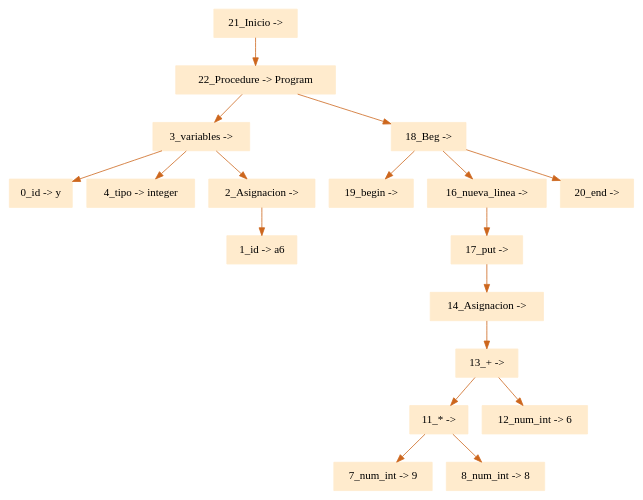
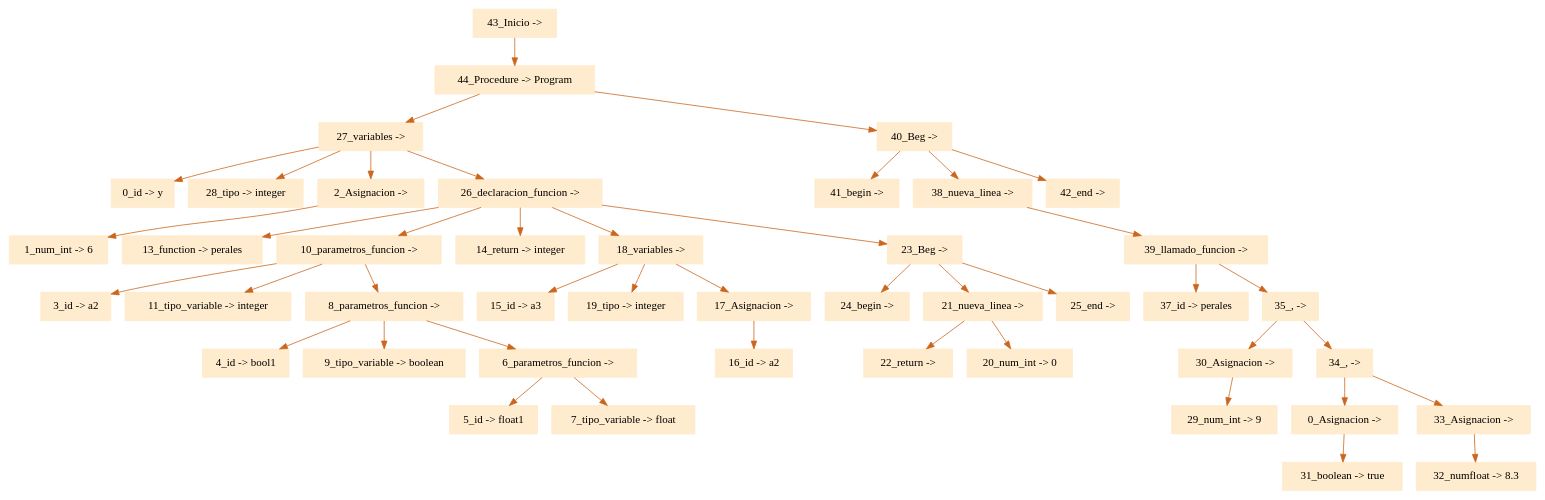
Before and after one commit to eliasgz97/Proyecto_Compiladores: the diagram in ProyectoCompiladores/arbol.dot, drawn with Graphviz. The commit also changed 6 other files, not shown here.

```diff
--- a/ProyectoCompiladores/arbol.dot
+++ b/ProyectoCompiladores/arbol.dot
@@ -1,22 +1,48 @@
 digraph G {node[shape=box, style=filled, color=blanchedalmond]; edge[color=chocolate3];rankdir=UD 
 
-"21_Inicio -> "->"22_Procedure -> Program"
-"22_Procedure -> Program"->"3_variables -> "
-"3_variables -> "->"0_id -> y"
-"3_variables -> "->"4_tipo -> integer"
-"3_variables -> "->"2_Asignacion -> "
-"2_Asignacion -> "->"1_id -> a6"
-"22_Procedure -> Program"->"18_Beg -> "
-"18_Beg -> "->"19_begin -> "
-"18_Beg -> "->"16_nueva_linea -> "
-"16_nueva_linea -> "->"17_put -> "
-"17_put -> "->"14_Asignacion -> "
-"14_Asignacion -> "->"13_+ -> "
-"13_+ -> "->"11_* -> "
-"11_* -> "->"7_num_int -> 9"
-"11_* -> "->"8_num_int -> 8"
-"13_+ -> "->"12_num_int -> 6"
-"18_Beg -> "->"20_end -> "
+"43_Inicio -> "->"44_Procedure -> Program"
+"44_Procedure -> Program"->"27_variables -> "
+"27_variables -> "->"0_id -> y"
+"27_variables -> "->"28_tipo -> integer"
+"27_variables -> "->"2_Asignacion -> "
+"2_Asignacion -> "->"1_num_int -> 6"
+"27_variables -> "->"26_declaracion_funcion -> "
+"26_declaracion_funcion -> "->"13_function -> perales"
+"26_declaracion_funcion -> "->"10_parametros_funcion -> "
+"10_parametros_funcion -> "->"3_id -> a2"
+"10_parametros_funcion -> "->"11_tipo_variable -> integer"
+"10_parametros_funcion -> "->"8_parametros_funcion -> "
+"8_parametros_funcion -> "->"4_id -> bool1"
+"8_parametros_funcion -> "->"9_tipo_variable -> boolean"
+"8_parametros_funcion -> "->"6_parametros_funcion -> "
+"6_parametros_funcion -> "->"5_id -> float1"
+"6_parametros_funcion -> "->"7_tipo_variable -> float"
+"26_declaracion_funcion -> "->"14_return -> integer"
+"26_declaracion_funcion -> "->"18_variables -> "
+"18_variables -> "->"15_id -> a3"
+"18_variables -> "->"19_tipo -> integer"
+"18_variables -> "->"17_Asignacion -> "
+"17_Asignacion -> "->"16_id -> a2"
+"26_declaracion_funcion -> "->"23_Beg -> "
+"23_Beg -> "->"24_begin -> "
+"23_Beg -> "->"21_nueva_linea -> "
+"21_nueva_linea -> "->"22_return -> "
+"21_nueva_linea -> "->"20_num_int -> 0"
+"23_Beg -> "->"25_end -> "
+"44_Procedure -> Program"->"40_Beg -> "
+"40_Beg -> "->"41_begin -> "
+"40_Beg -> "->"38_nueva_linea -> "
+"38_nueva_linea -> "->"39_llamado_funcion -> "
+"39_llamado_funcion -> "->"37_id -> perales"
+"39_llamado_funcion -> "->"35_, -> "
+"35_, -> "->"30_Asignacion -> "
+"30_Asignacion -> "->"29_num_int -> 9"
+"35_, -> "->"34_, -> "
+"34_, -> "->"0_Asignacion -> "
+"0_Asignacion -> "->"31_boolean -> true"
+"34_, -> "->"33_Asignacion -> "
+"33_Asignacion -> "->"32_numfloat -> 8.3"
+"40_Beg -> "->"42_end -> "
 
 
 }
```
